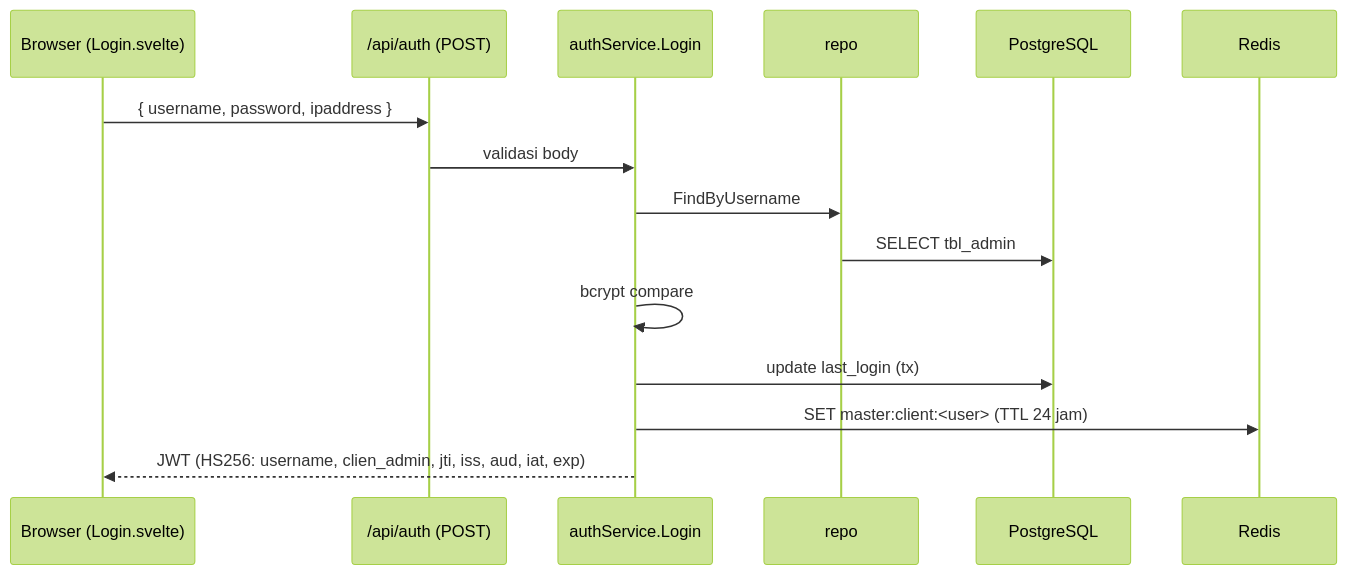
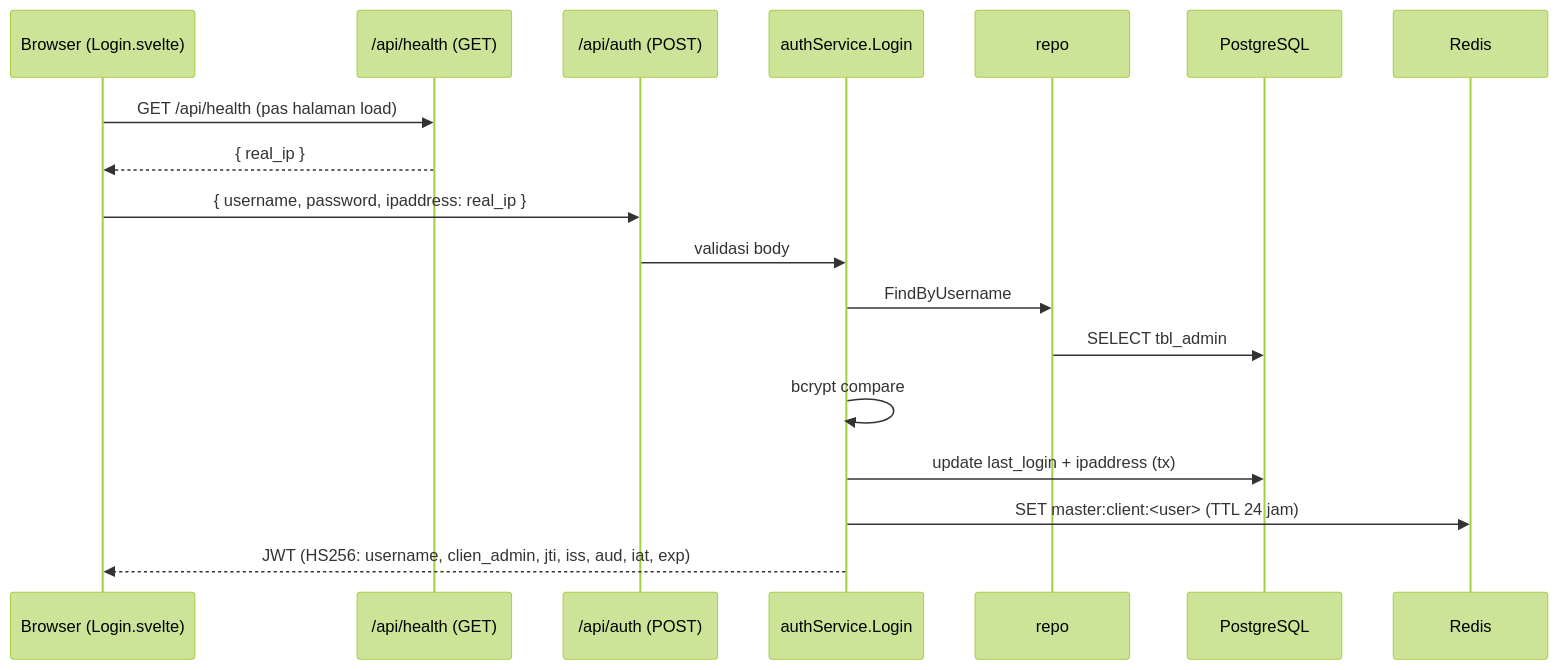
One commit to devhdn-212/totwallet changed the third of 6 diagrams in ARCHITECTURE.md. Above: the diagram before and after it, drawn with Mermaid (forest theme). The commit also changed other lines of this file and 7 other files, not shown here.

````diff
--- a/ARCHITECTURE.md
+++ b/ARCHITECTURE.md
@@ -151,18 +158,21 @@
 ```mermaid
 sequenceDiagram
     participant B as Browser (Login.svelte)
+    participant H as /api/health (GET)
     participant A as /api/auth (POST)
     participant S as authService.Login
     participant R as repo
     participant DB as PostgreSQL
     participant RD as Redis
 
-    B->>A: { username, password, ipaddress }
+    B->>H: GET /api/health (pas halaman load)
+    H-->>B: { real_ip }
+    B->>A: { username, password, ipaddress: real_ip }
     A->>S: validasi body
     S->>R: FindByUsername
     R->>DB: SELECT tbl_admin
     S->>S: bcrypt compare
-    S->>DB: update last_login (tx)
+    S->>DB: update last_login + ipaddress (tx)
     S->>RD: SET master:client:<user> (TTL 24 jam)
     S-->>B: JWT (HS256: username, clien_admin, jti, iss, aud, iat, exp)
 ```
````
